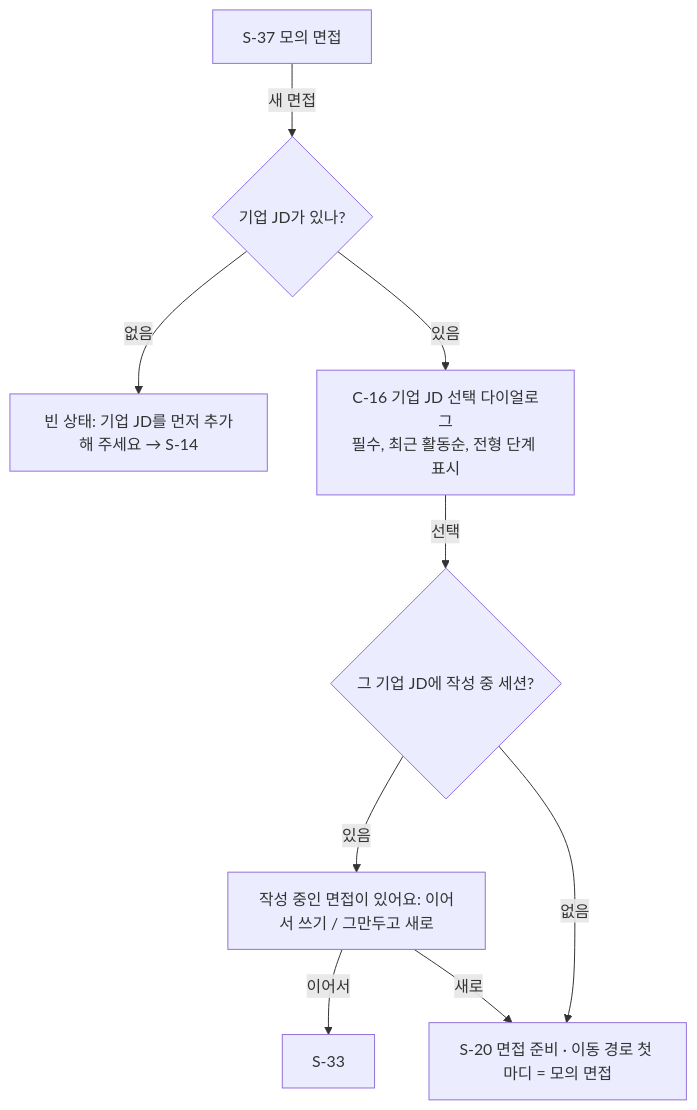
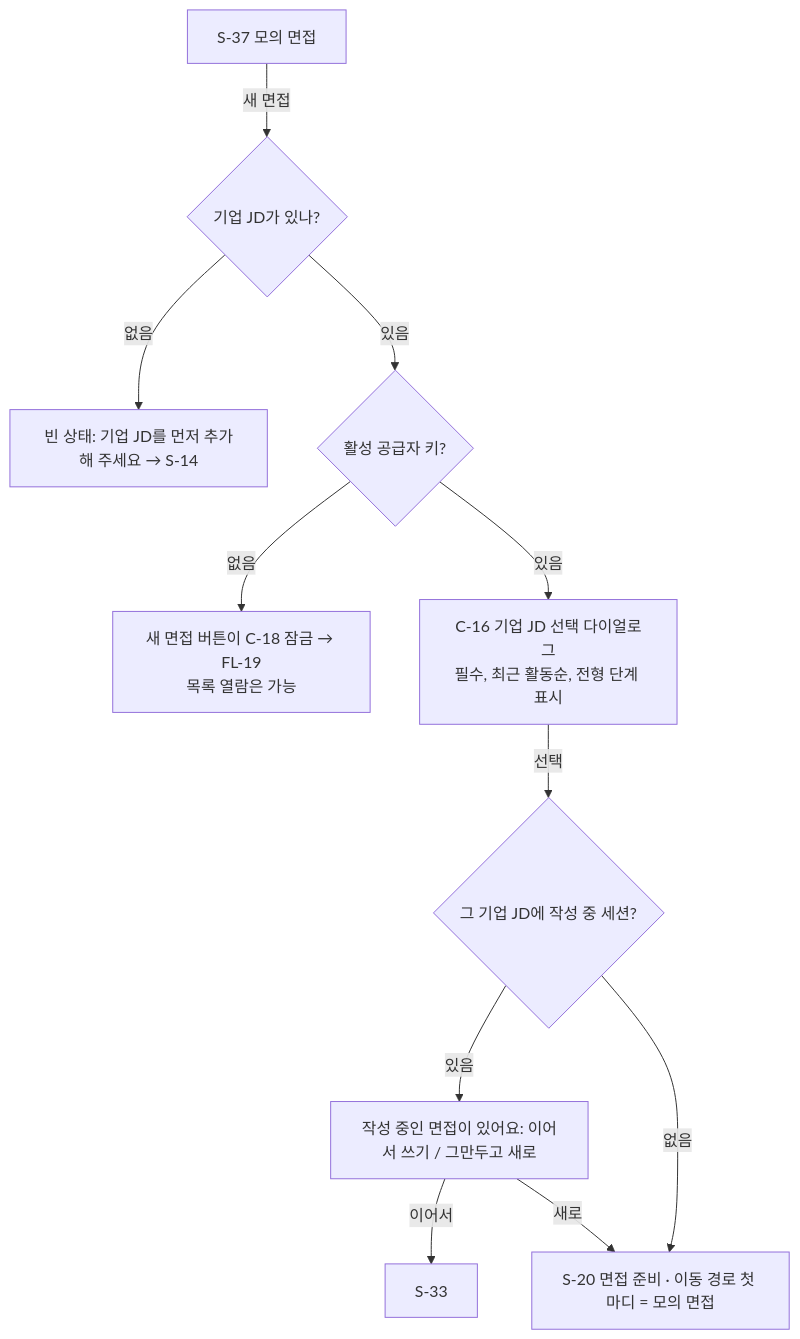
One commit to j-hyunn/resumate changed the ninth of 19 diagrams in _workspace/02_ux-planner_flows.md. Above: the diagram before and after it, drawn with Mermaid. The commit also changed other lines of this file and 11 other files, not shown here.

````diff
--- a/_workspace/02_ux-planner_flows.md
+++ b/_workspace/02_ux-planner_flows.md
@@ -358,11 +396,13 @@
 ```mermaid
 flowchart TD
   A[S-37 모의 면접] -->|새 면접| B{기업 JD가 있나?}
   B -->|없음| C[빈 상태: 기업 JD를 먼저 추가해 주세요 → S-14]
-  B -->|있음| D[C-16 기업 JD 선택 다이얼로그<br/>필수, 최근 활동순, 전형 단계 표시]
+  B -->|있음| K{활성 공급자 키?}
+  K -->|없음| LK[새 면접 버튼이 C-18 잠금 → FL-19<br/>목록 열람은 가능]
+  K -->|있음| D[C-16 기업 JD 선택 다이얼로그<br/>필수, 최근 활동순, 전형 단계 표시]
   D -->|선택| E{그 기업 JD에 작성 중 세션?}
   E -->|있음| F[작성 중인 면접이 있어요: 이어서 쓰기 / 그만두고 새로]
   F -->|이어서| S33[S-33]
   F -->|새로| G
   E -->|없음| G[S-20 면접 준비 · 이동 경로 첫 마디 = 모의 면접]
 ```
````
